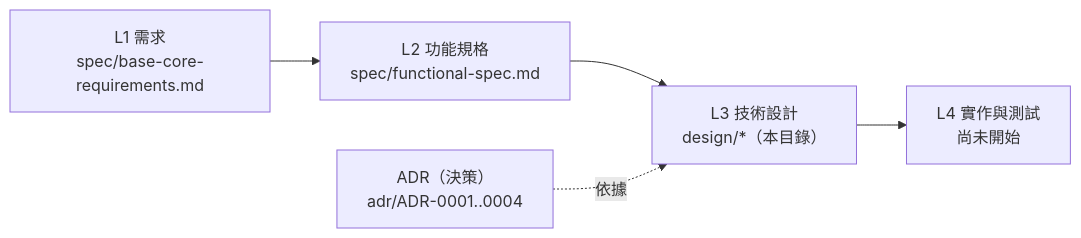
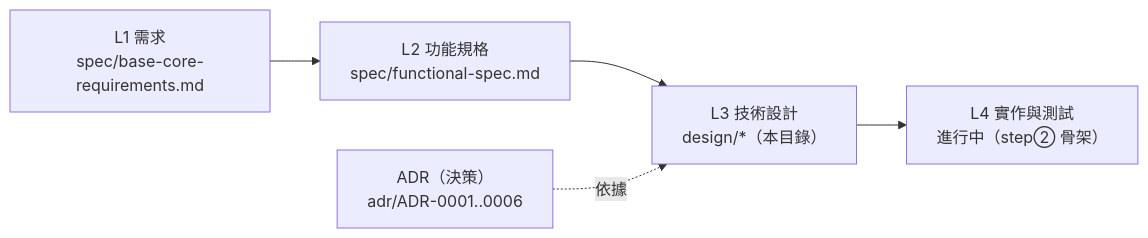
One commit to DanielChung520/owx changed the diagram in docs/design/README.md. Above: the diagram before and after it, drawn with Mermaid. The commit also changed other lines of this file and 1 other file, not shown here.

First line of the commit message:
docs: 回寫設計文件對齊 ADR-0005/0006 與實作（文件優先紀律）

````diff
--- a/docs/design/README.md
+++ b/docs/design/README.md
@@ -14,7 +14,7 @@
 ```mermaid
 flowchart LR
     L1["L1 需求<br/>spec/base-core-requirements.md"] --> L2["L2 功能規格<br/>spec/functional-spec.md"]
     L2 --> L3["L3 技術設計<br/>design/*（本目錄）"]
-    ADR["ADR（決策）<br/>adr/ADR-0001..0004"] -.->|依據| L3
-    L3 --> L4["L4 實作與測試<br/>尚未開始"]
+    ADR["ADR（決策）<br/>adr/ADR-0001..0006"] -.->|依據| L3
+    L3 --> L4["L4 實作與測試<br/>進行中（step② 骨架）"]
 ```
````
